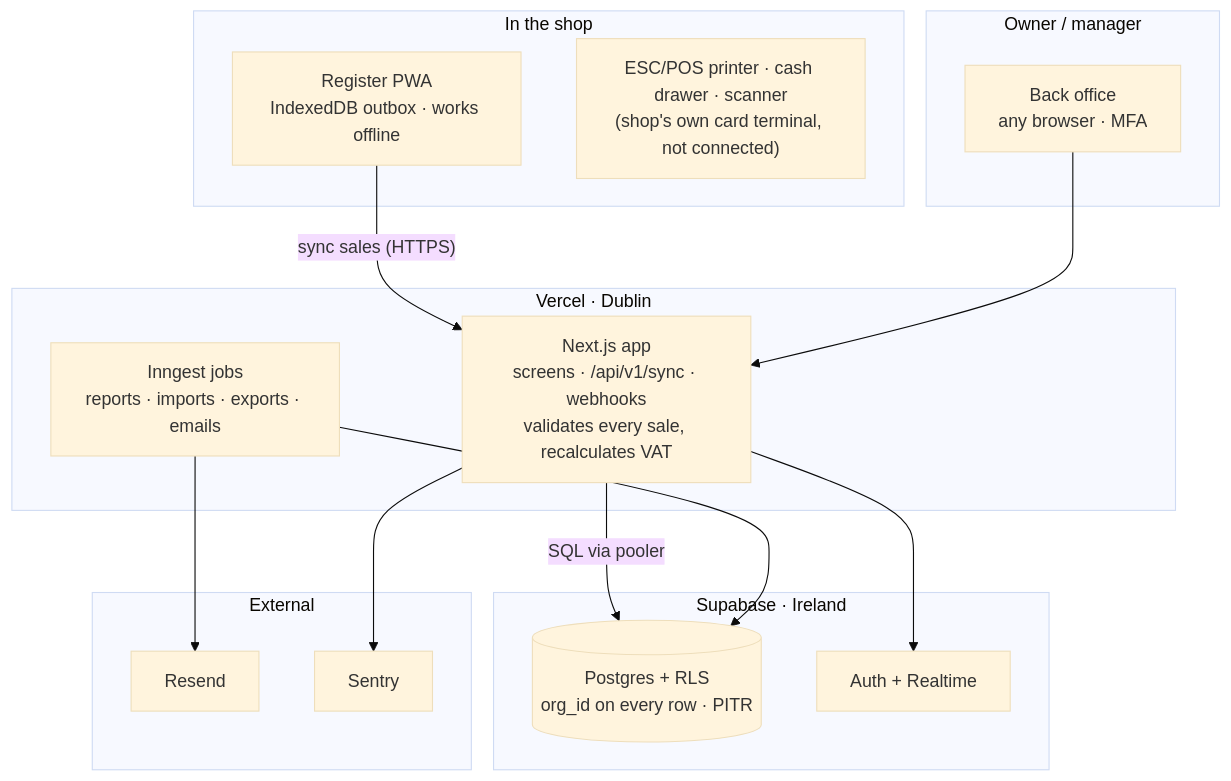
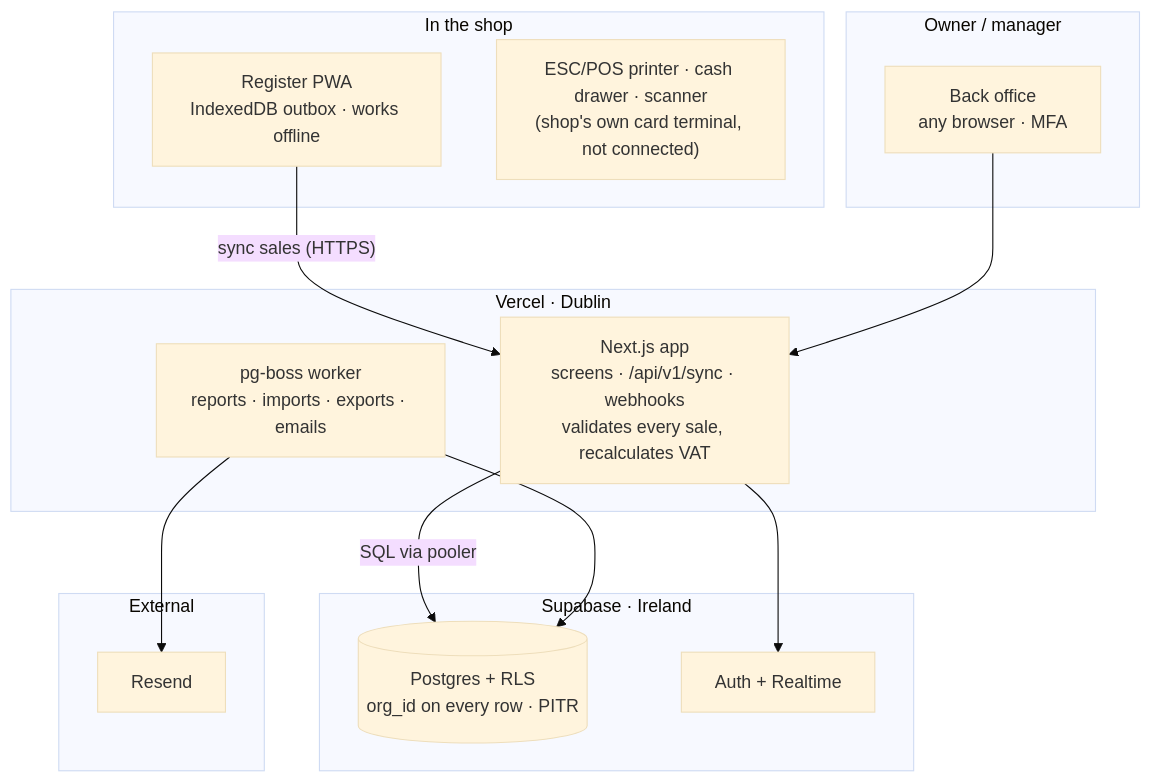
The diagram in docs/PLAN.md (Ahmadkamran73/tillflow), drawn with Mermaid (base theme) before and after one commit. The commit also changed other lines of this file and 51 other files, not shown here.

Commit message:
feat(ops): Postgres error log, rate limiter and pg-boss jobs replace third-party services (step 0.6b)

````diff
--- a/docs/PLAN.md
+++ b/docs/PLAN.md
@@ -128,29 +129,27 @@
 ```mermaid
 flowchart TB
   subgraph Shop["In the shop"]
     REG["Register PWA<br/>IndexedDB outbox · works offline"]
     HW["ESC/POS printer · cash drawer · scanner<br/>(shop's own card terminal, not connected)"]
   end
   subgraph Owner["Owner / manager"]
     BO["Back office<br/>any browser · MFA"]
   end
   subgraph Vercel["Vercel · Dublin"]
     APP["Next.js app<br/>screens · /api/v1/sync · webhooks<br/>validates every sale, recalculates VAT"]
-    JOBS["Inngest jobs<br/>reports · imports · exports · emails"]
+    JOBS["pg-boss worker<br/>reports · imports · exports · emails"]
   end
   subgraph Supa["Supabase · Ireland"]
     PG[("Postgres + RLS<br/>org_id on every row · PITR")]
     AUTH["Auth + Realtime"]
   end
   subgraph Ext["External"]
     MAIL["Resend"]
-    SENTRY["Sentry"]
   end
   REG -- "sync sales (HTTPS)" --> APP
   BO --> APP
   APP -- "SQL via pooler" --> PG
   APP --> AUTH
   JOBS --> PG
   JOBS --> MAIL
-  APP --> SENTRY
 ```
````
